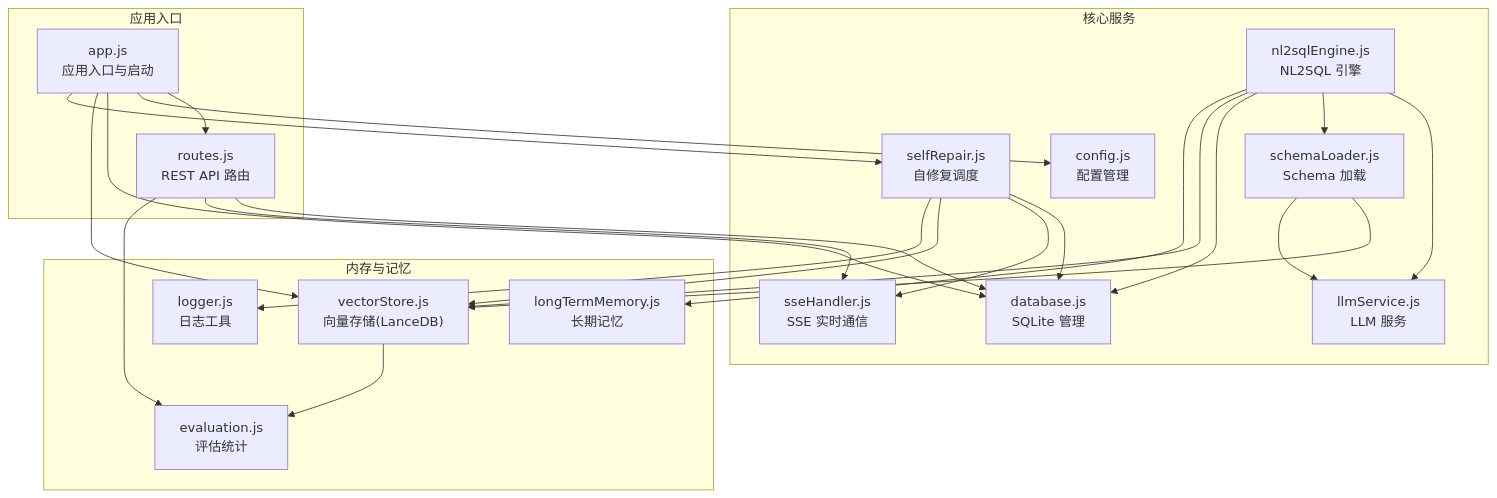
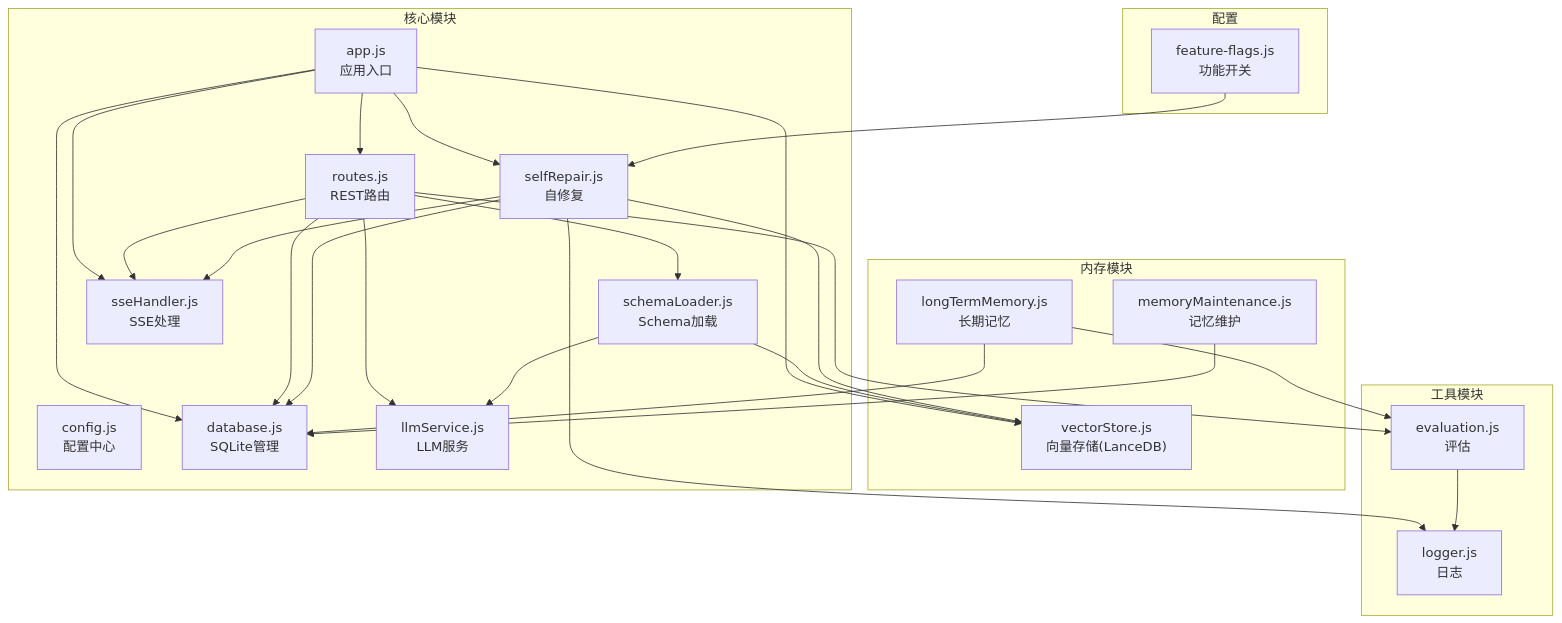
One commit to HanHuiOnLine/724-office changed the first of 6 diagrams in NL2SQL/.qoder/repowiki/zh/content/系统架构/后端架构/后端架构.md. Above: the diagram before and after it, drawn with Mermaid. The commit also changed other lines of this file and 170 other files, not shown here.

````diff
--- a/NL2SQL/.qoder/repowiki/zh/content/系统架构/后端架构/后端架构.md
+++ b/NL2SQL/.qoder/repowiki/zh/content/系统架构/后端架构/后端架构.md
@@ -43,42 +44,46 @@
 ```mermaid
 graph TB
-subgraph "应用入口"
-APP["app.js<br/>应用入口与启动"]
-ROUTES["routes.js<br/>REST API 路由"]
+subgraph "核心模块"
+APP["app.js<br/>应用入口"]
+ROUTES["routes.js<br/>REST路由"]
+CONFIG["config.js<br/>配置中心"]
+DB["database.js<br/>SQLite管理"]
+LLM["llmService.js<br/>LLM服务"]
+SCHEMA["schemaLoader.js<br/>Schema加载"]
+SSE["sseHandler.js<br/>SSE处理"]
+SELF["selfRepair.js<br/>自修复"]
 end
-subgraph "核心服务"
-CFG["config.js<br/>配置管理"]
-DB["database.js<br/>SQLite 管理"]
-LLM["llmService.js<br/>LLM 服务"]
-NLENG["nl2sqlEngine.js<br/>NL2SQL 引擎"]
-SCHEMA["schemaLoader.js<br/>Schema 加载"]
-SSE["sseHandler.js<br/>SSE 实时通信"]
-SELF["selfRepair.js<br/>自修复调度"]
-end
-subgraph "内存与记忆"
+subgraph "内存模块"
 VEC["vectorStore.js<br/>向量存储(LanceDB)"]
 LTM["longTermMemory.js<br/>长期记忆"]
-EVAL["evaluation.js<br/>评估统计"]
-LOG["logger.js<br/>日志工具"]
+MM["memoryMaintenance.js<br/>记忆维护"]
+end
+subgraph "工具模块"
+LOG["logger.js<br/>日志"]
+EVAL["evaluation.js<br/>评估"]
+end
+subgraph "配置"
+FF["feature-flags.js<br/>功能开关"]
 end
 APP --> ROUTES
+APP --> DB
+APP --> VEC
+APP --> SSE
+APP --> SELF
 ROUTES --> DB
+ROUTES --> SCHEMA
+ROUTES --> LLM
 ROUTES --> SSE
 ROUTES --> EVAL
-NLENG --> LLM
-NLENG --> SCHEMA
-NLENG --> DB
-NLENG --> VEC
-NLENG --> LTM
+SCHEMA --> LLM
 SCHEMA --> VEC
-SCHEMA --> LLM
-VEC --> EVAL
+LTM --> DB
+LTM --> EVAL
+MM --> DB
 SELF --> DB
+SELF --> VEC
 SELF --> SSE
-SELF --> VEC
 SELF --> LOG
-APP --> CFG
-APP --> DB
-APP --> VEC
-APP --> SELF
+EVAL --> LOG
+FF --> SELF
 ```
````
